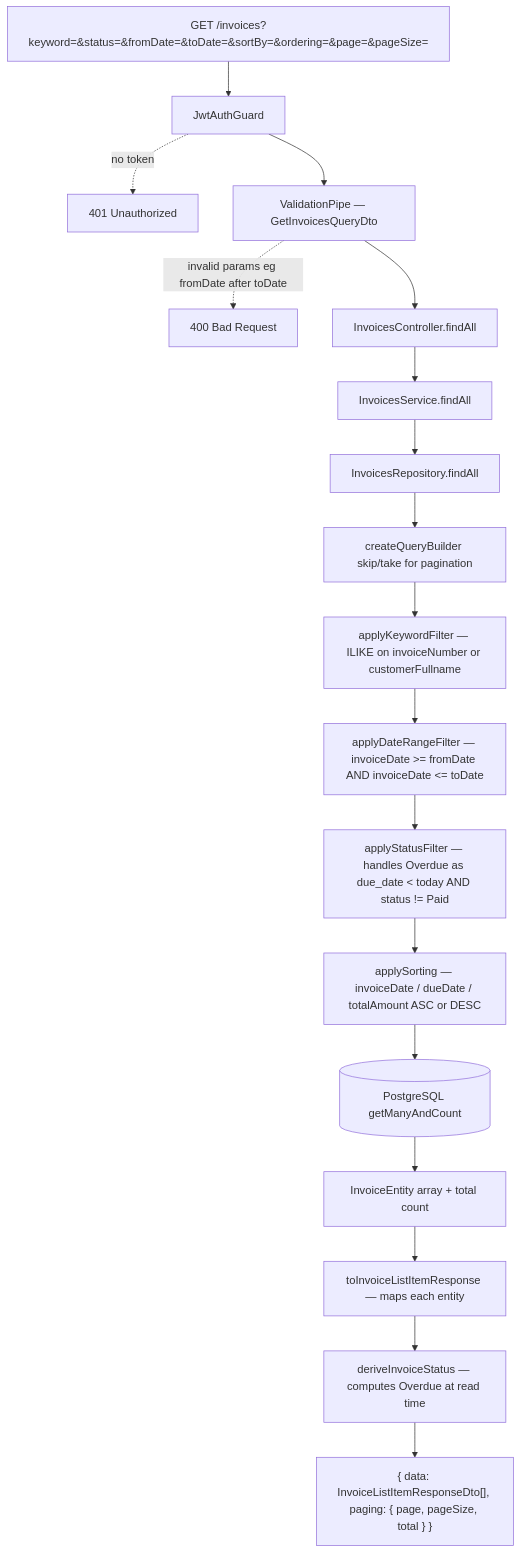
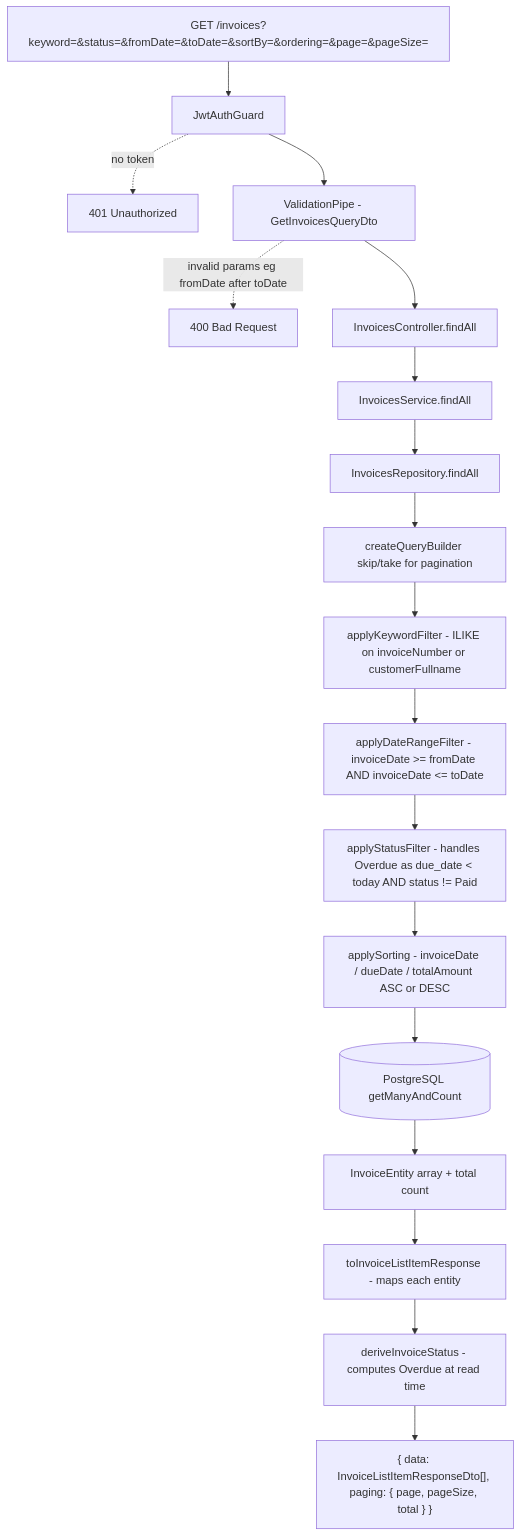
Before and after one commit to khangtrannn/SimpleInvoice: the third of 4 diagrams in backend/README.md, drawn with Mermaid. The commit also changed other lines of this file and 2 other files, not shown here.

````diff
--- a/backend/README.md
+++ b/backend/README.md
@@ -97,20 +97,20 @@
 ```mermaid
 flowchart TD
     A["GET /invoices?keyword=&status=&fromDate=&toDate=&sortBy=&ordering=&page=&pageSize="] --> B[JwtAuthGuard]
     B -. no token .-> Z[401 Unauthorized]
-    B --> C[ValidationPipe — GetInvoicesQueryDto]
+    B --> C[ValidationPipe - GetInvoicesQueryDto]
     C -. invalid params eg fromDate after toDate .-> Y[400 Bad Request]
     C --> D[InvoicesController.findAll]
     D --> E[InvoicesService.findAll]
     E --> F[InvoicesRepository.findAll]
     F --> G[createQueryBuilder skip/take for pagination]
-    G --> H[applyKeywordFilter — ILIKE on invoiceNumber or customerFullname]
-    H --> I[applyDateRangeFilter — invoiceDate >= fromDate AND invoiceDate <= toDate]
-    I --> J[applyStatusFilter — handles Overdue as due_date < today AND status != Paid]
-    J --> K[applySorting — invoiceDate / dueDate / totalAmount ASC or DESC]
+    G --> H[applyKeywordFilter - ILIKE on invoiceNumber or customerFullname]
+    H --> I[applyDateRangeFilter - invoiceDate >= fromDate AND invoiceDate <= toDate]
+    I --> J[applyStatusFilter - handles Overdue as due_date < today AND status != Paid]
+    J --> K[applySorting - invoiceDate / dueDate / totalAmount ASC or DESC]
     K --> L[(PostgreSQL getManyAndCount)]
     L --> M[InvoiceEntity array + total count]
-    M --> N[toInvoiceListItemResponse — maps each entity]
-    N --> O[deriveInvoiceStatus — computes Overdue at read time]
+    M --> N[toInvoiceListItemResponse - maps each entity]
+    N --> O[deriveInvoiceStatus - computes Overdue at read time]
     O --> P["{ data: InvoiceListItemResponseDto[], paging: { page, pageSize, total } }"]
 ```
````
